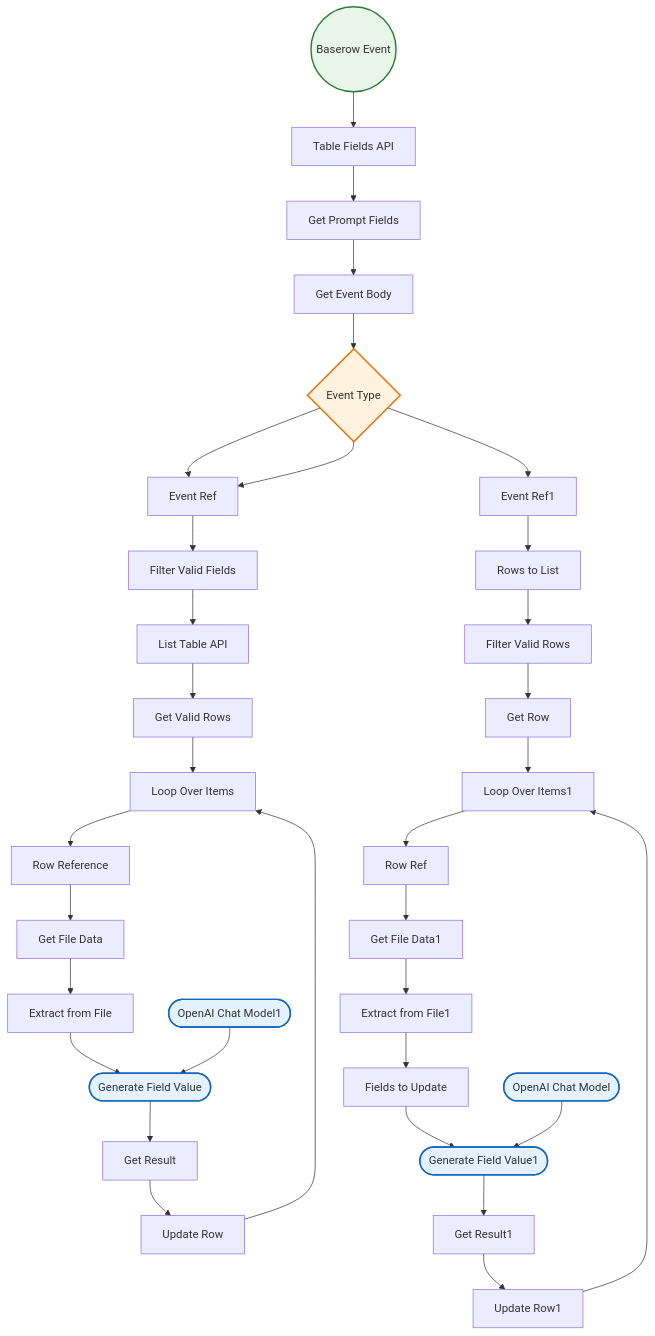
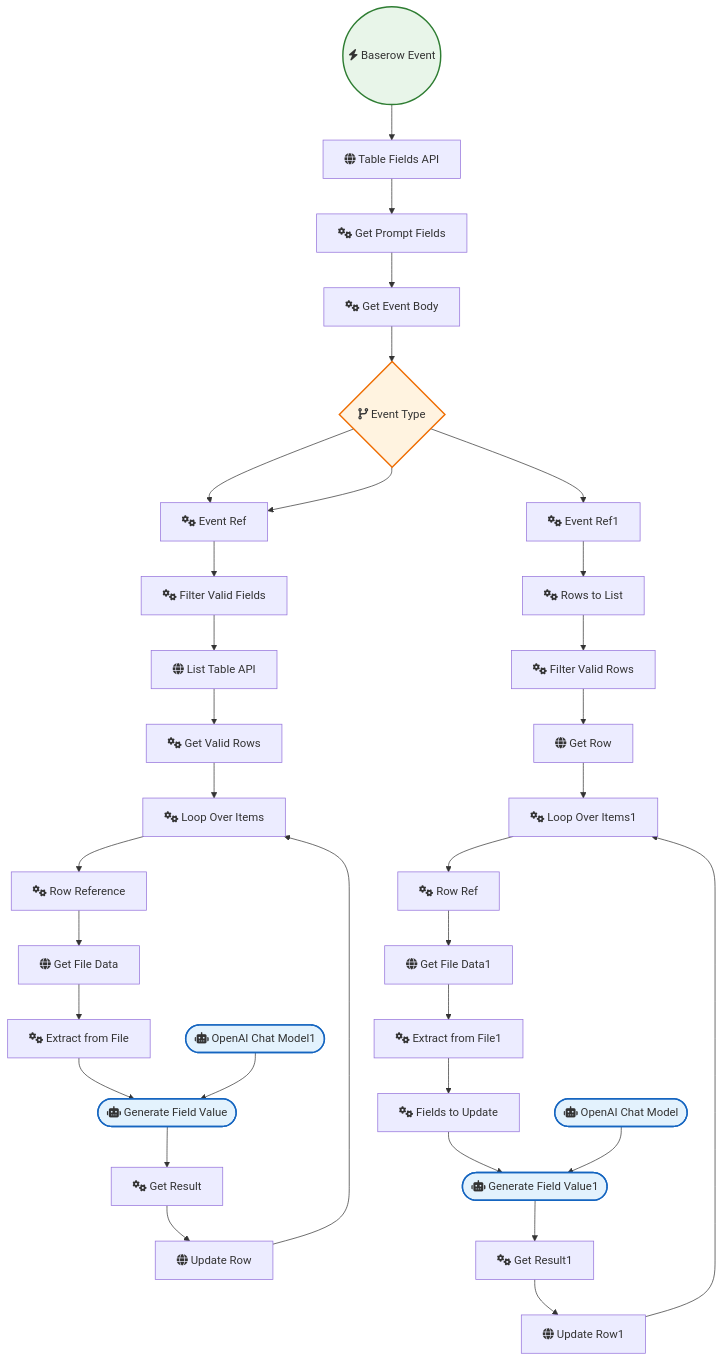
Before and after one commit to sreyash3105/N8N-DEMO-AUTOMATIONS: the diagram in OpenAI_and_LLMs/AI Data Extraction with Dynamic Prompts and Baserow.md, drawn with Mermaid. The commit also changed 291 other files, not shown here.

````diff
--- a/OpenAI_and_LLMs/AI Data Extraction with Dynamic Prompts and Baserow.md
+++ b/OpenAI_and_LLMs/AI Data Extraction with Dynamic Prompts and Baserow.md
@@ -1,70 +1,70 @@
 ```mermaid
 graph TD
     classDef trigger fill:#e8f5e9,stroke:#2e7d32,stroke-width:2px;
     classDef ai fill:#e3f2fd,stroke:#1565c0,stroke-width:2px;
     classDef logic fill:#fff3e0,stroke:#ef6c00,stroke-width:2px;
 
-    Baserow_Event(("Baserow Event")):::trigger
-    Event_Type{"Event Type"}:::logic
-    Table_Fields_API["Table Fields API"]
-    Get_Prompt_Fields["Get Prompt Fields"]
-    Get_Event_Body["Get Event Body"]
-    List_Table_API["List Table API"]
-    Get_Valid_Rows["Get Valid Rows"]
-    Get_File_Data["Get File Data"]
-    Extract_from_File["Extract from File"]
-    Update_Row["Update Row"]
-    Get_Result["Get Result"]
-    Loop_Over_Items["Loop Over Items"]
-    Row_Reference["Row Reference"]
-    Generate_Field_Value(["Generate Field Value"]):::ai
-    Get_Row["Get Row"]
-    Rows_to_List["Rows to List"]
-    Fields_to_Update["Fields to Update"]
-    Loop_Over_Items1["Loop Over Items1"]
-    Row_Ref["Row Ref"]
-    Get_File_Data1["Get File Data1"]
-    Extract_from_File1["Extract from File1"]
-    Update_Row1["Update Row1"]
-    Get_Result1["Get Result1"]
-    Generate_Field_Value1(["Generate Field Value1"]):::ai
-    Filter_Valid_Rows["Filter Valid Rows"]
-    Filter_Valid_Fields["Filter Valid Fields"]
-    Event_Ref["Event Ref"]
-    Event_Ref1["Event Ref1"]
-    OpenAI_Chat_Model(["OpenAI Chat Model"]):::ai
-    OpenAI_Chat_Model1(["OpenAI Chat Model1"]):::ai
+    Baserow_Event(("fas:fa-bolt Baserow Event")):::trigger
+    Event_Type{"fas:fa-code-branch Event Type"}:::logic
+    Table_Fields_API["fas:fa-globe Table Fields API"]
+    Get_Prompt_Fields["fas:fa-cogs Get Prompt Fields"]
+    Get_Event_Body["fas:fa-cogs Get Event Body"]
+    List_Table_API["fas:fa-globe List Table API"]
+    Get_Valid_Rows["fas:fa-cogs Get Valid Rows"]
+    Get_File_Data["fas:fa-globe Get File Data"]
+    Extract_from_File["fas:fa-cogs Extract from File"]
+    Update_Row["fas:fa-globe Update Row"]
+    Get_Result["fas:fa-cogs Get Result"]
+    Loop_Over_Items["fas:fa-cogs Loop Over Items"]
+    Row_Reference["fas:fa-cogs Row Reference"]
+    Generate_Field_Value(["fas:fa-robot Generate Field Value"]):::ai
+    Get_Row["fas:fa-globe Get Row"]
+    Rows_to_List["fas:fa-cogs Rows to List"]
+    Fields_to_Update["fas:fa-cogs Fields to Update"]
+    Loop_Over_Items1["fas:fa-cogs Loop Over Items1"]
+    Row_Ref["fas:fa-cogs Row Ref"]
+    Get_File_Data1["fas:fa-globe Get File Data1"]
+    Extract_from_File1["fas:fa-cogs Extract from File1"]
+    Update_Row1["fas:fa-globe Update Row1"]
+    Get_Result1["fas:fa-cogs Get Result1"]
+    Generate_Field_Value1(["fas:fa-robot Generate Field Value1"]):::ai
+    Filter_Valid_Rows["fas:fa-cogs Filter Valid Rows"]
+    Filter_Valid_Fields["fas:fa-cogs Filter Valid Fields"]
+    Event_Ref["fas:fa-cogs Event Ref"]
+    Event_Ref1["fas:fa-cogs Event Ref1"]
+    OpenAI_Chat_Model(["fas:fa-robot OpenAI Chat Model"]):::ai
+    OpenAI_Chat_Model1(["fas:fa-robot OpenAI Chat Model1"]):::ai
 
     Get_Row --> Loop_Over_Items1
     Row_Ref --> Get_File_Data1
     Event_Ref --> Filter_Valid_Fields
     Event_Ref1 --> Rows_to_List
     Event_Type --> Event_Ref1
     Event_Type --> Event_Ref
     Event_Type --> Event_Ref
     Get_Result --> Update_Row
     Update_Row --> Loop_Over_Items
     Get_Result1 --> Update_Row1
     Update_Row1 --> Loop_Over_Items1
     Rows_to_List --> Filter_Valid_Rows
     Baserow_Event --> Table_Fields_API
     Get_File_Data --> Extract_from_File
     Row_Reference --> Get_File_Data
     Get_Event_Body --> Event_Type
     Get_File_Data1 --> Extract_from_File1
     Get_Valid_Rows --> Loop_Over_Items
     List_Table_API --> Get_Valid_Rows
     Loop_Over_Items --> Row_Reference
     Fields_to_Update --> Generate_Field_Value1
     Loop_Over_Items1 --> Row_Ref
     Table_Fields_API --> Get_Prompt_Fields
     Extract_from_File --> Generate_Field_Value
     Filter_Valid_Rows --> Get_Row
     Get_Prompt_Fields --> Get_Event_Body
     OpenAI_Chat_Model --> Generate_Field_Value1
     Extract_from_File1 --> Fields_to_Update
     OpenAI_Chat_Model1 --> Generate_Field_Value
     Filter_Valid_Fields --> List_Table_API
     Generate_Field_Value --> Get_Result
     Generate_Field_Value1 --> Get_Result1
 ```
````
